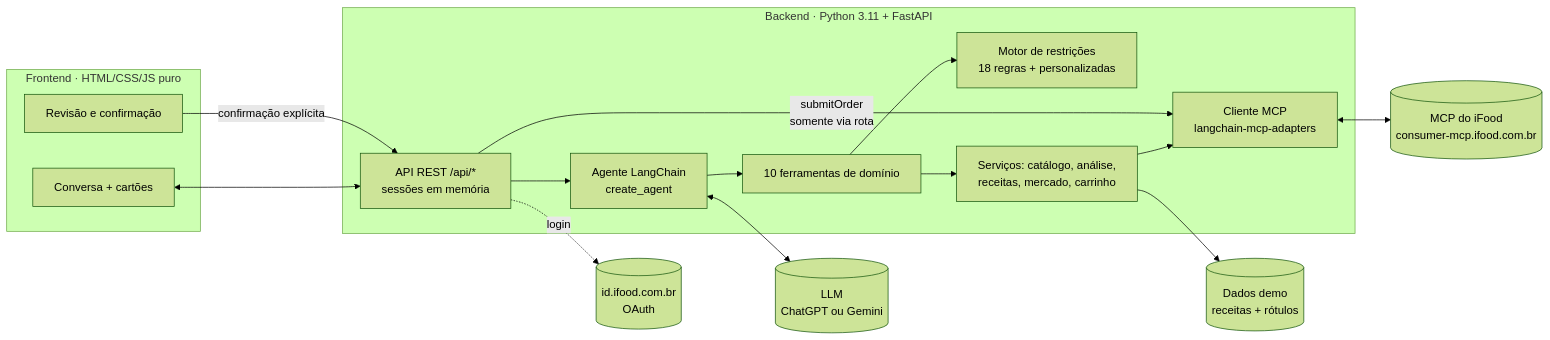
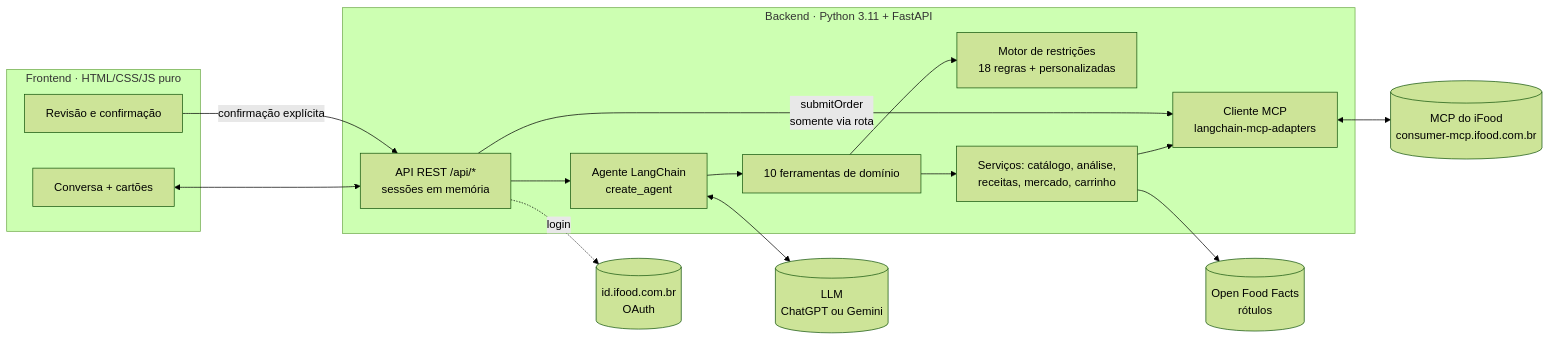
One commit to ginoventa/hackathon-ifood changed the second of 2 diagrams in README.md. Above: the diagram before and after it, drawn with Mermaid (forest theme). The commit also changed other lines of this file and 28 other files, not shown here.

````diff
--- a/README.md
+++ b/README.md
@@ -185,34 +184,34 @@
 ```mermaid
 flowchart LR
     subgraph Front["Frontend · HTML/CSS/JS puro"]
         UI[Conversa + cartões]
         CO[Revisão e confirmação]
     end
 
     subgraph Back["Backend · Python 3.11 + FastAPI"]
         API[API REST /api/*<br/>sessões em memória]
         AG[Agente LangChain<br/>create_agent]
         TL[10 ferramentas de domínio]
         RU[Motor de restrições<br/>18 regras + personalizadas]
         SV[Serviços: catálogo, análise,<br/>receitas, mercado, carrinho]
         CL[Cliente MCP<br/>langchain-mcp-adapters]
     end
 
     LLM[(LLM<br/>ChatGPT ou Gemini)]
     MCP[(MCP do iFood<br/>consumer-mcp.ifood.com.br)]
     ID[(id.ifood.com.br<br/>OAuth)]
-    DD[(Dados demo<br/>receitas + rótulos)]
+    OFF[(Open Food Facts<br/>rótulos)]
 
     UI <--> API
     CO -- confirmação explícita --> API
     API --> AG
     AG <--> LLM
     AG --> TL
     TL --> RU
     TL --> SV
     SV --> CL
-    SV --> DD
+    SV --> OFF
     CL <--> MCP
     API -. login .-> ID
     API -- "submitOrder<br/>somente via rota" --> CL
 ```
````
